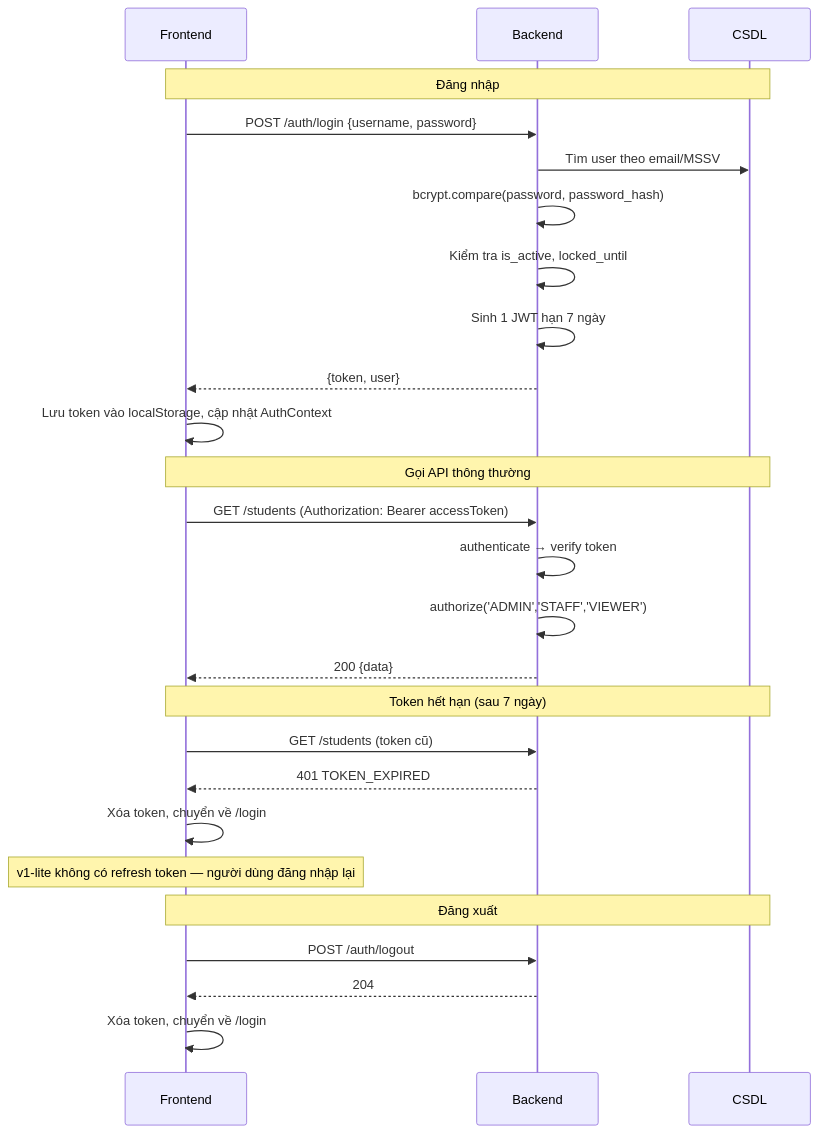
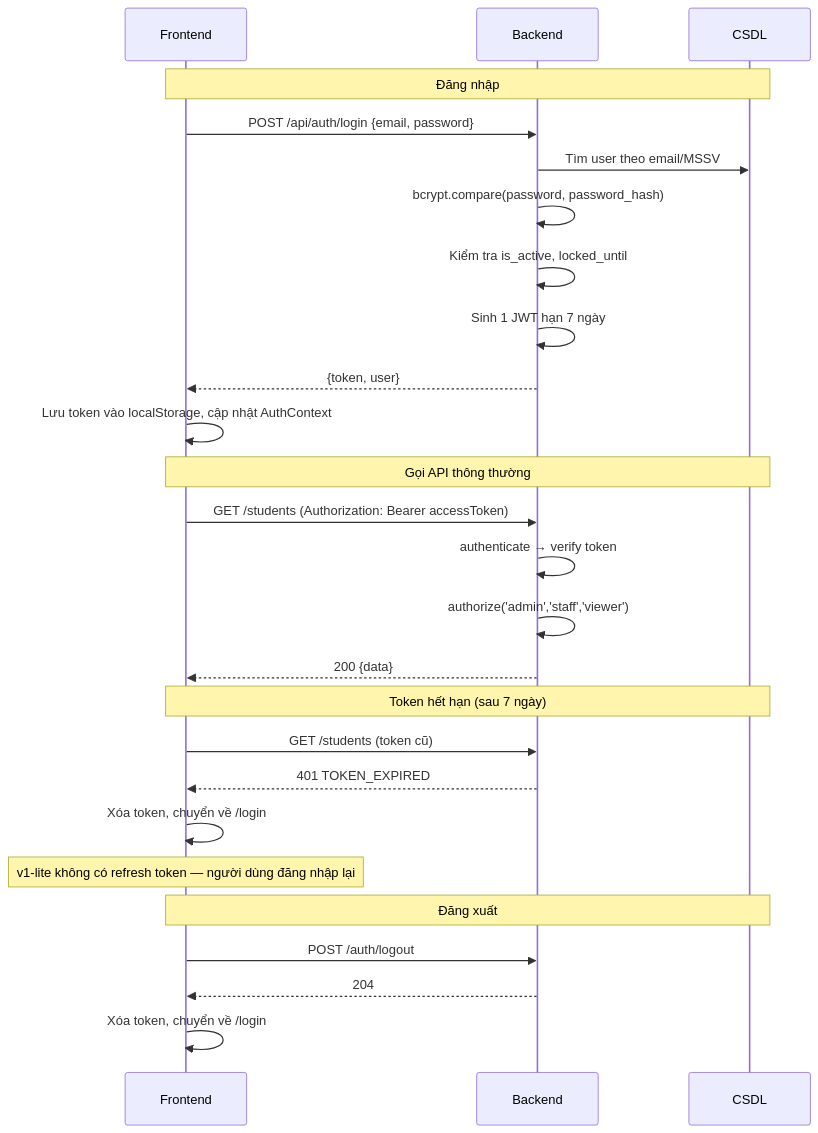
The second of 2 diagrams in docs/07-PHAN-QUYEN-BAO-MAT.md (NguyenMinh205/FE_QuanLyKTX), drawn with Mermaid before and after one commit. The commit also changed other lines of this file and 45 other files, not shown here.

````diff
--- a/docs/07-PHAN-QUYEN-BAO-MAT.md
+++ b/docs/07-PHAN-QUYEN-BAO-MAT.md
@@ -292,32 +292,32 @@
 ```mermaid
 sequenceDiagram
     participant FE as Frontend
     participant API as Backend
     participant DB as CSDL
 
     Note over FE,DB: Đăng nhập
-    FE->>API: POST /auth/login {username, password}
+    FE->>API: POST /api/auth/login {email, password}
     API->>DB: Tìm user theo email/MSSV
     API->>API: bcrypt.compare(password, password_hash)
     API->>API: Kiểm tra is_active, locked_until
     API->>API: Sinh 1 JWT hạn 7 ngày
     API-->>FE: {token, user}
     FE->>FE: Lưu token vào localStorage, cập nhật AuthContext
 
     Note over FE,DB: Gọi API thông thường
     FE->>API: GET /students (Authorization: Bearer accessToken)
     API->>API: authenticate → verify token
-    API->>API: authorize('ADMIN','STAFF','VIEWER')
+    API->>API: authorize('admin','staff','viewer')
     API-->>FE: 200 {data}
 
     Note over FE,DB: Token hết hạn (sau 7 ngày)
     FE->>API: GET /students (token cũ)
     API-->>FE: 401 TOKEN_EXPIRED
     FE->>FE: Xóa token, chuyển về /login
     Note over FE: v1-lite không có refresh token — người dùng đăng nhập lại
 
     Note over FE,DB: Đăng xuất
     FE->>API: POST /auth/logout
     API-->>FE: 204
     FE->>FE: Xóa token, chuyển về /login
 ```
````
